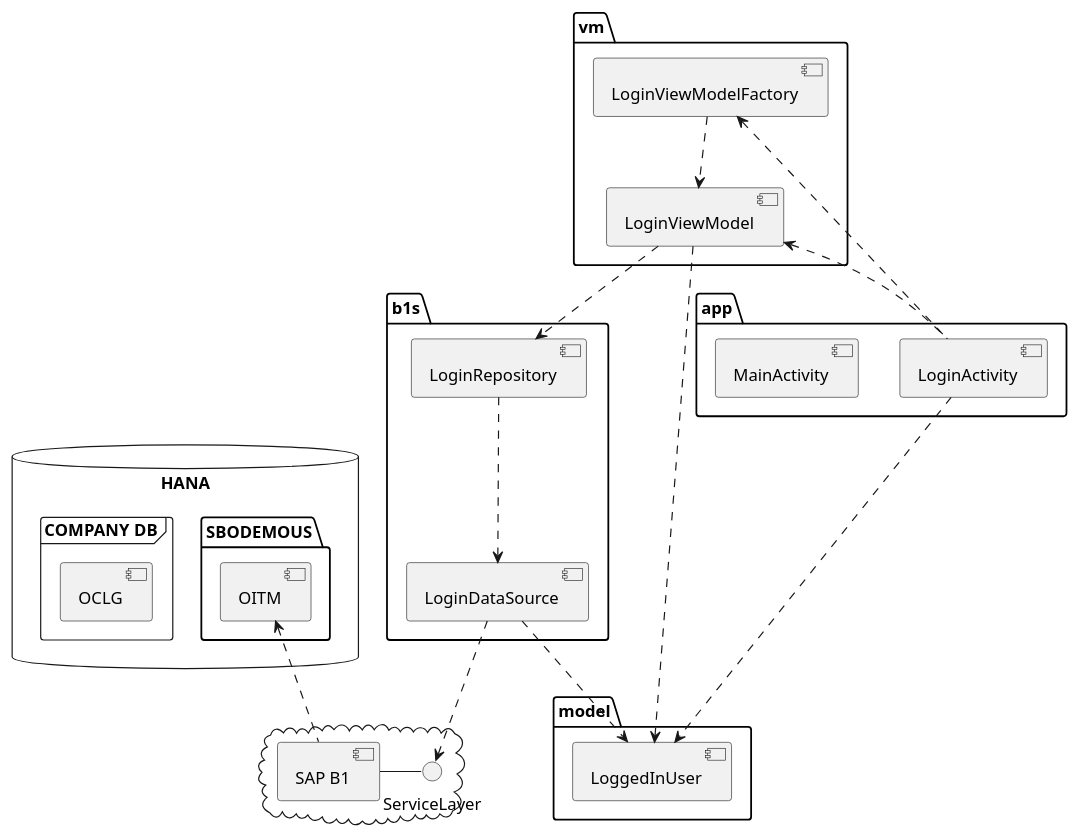
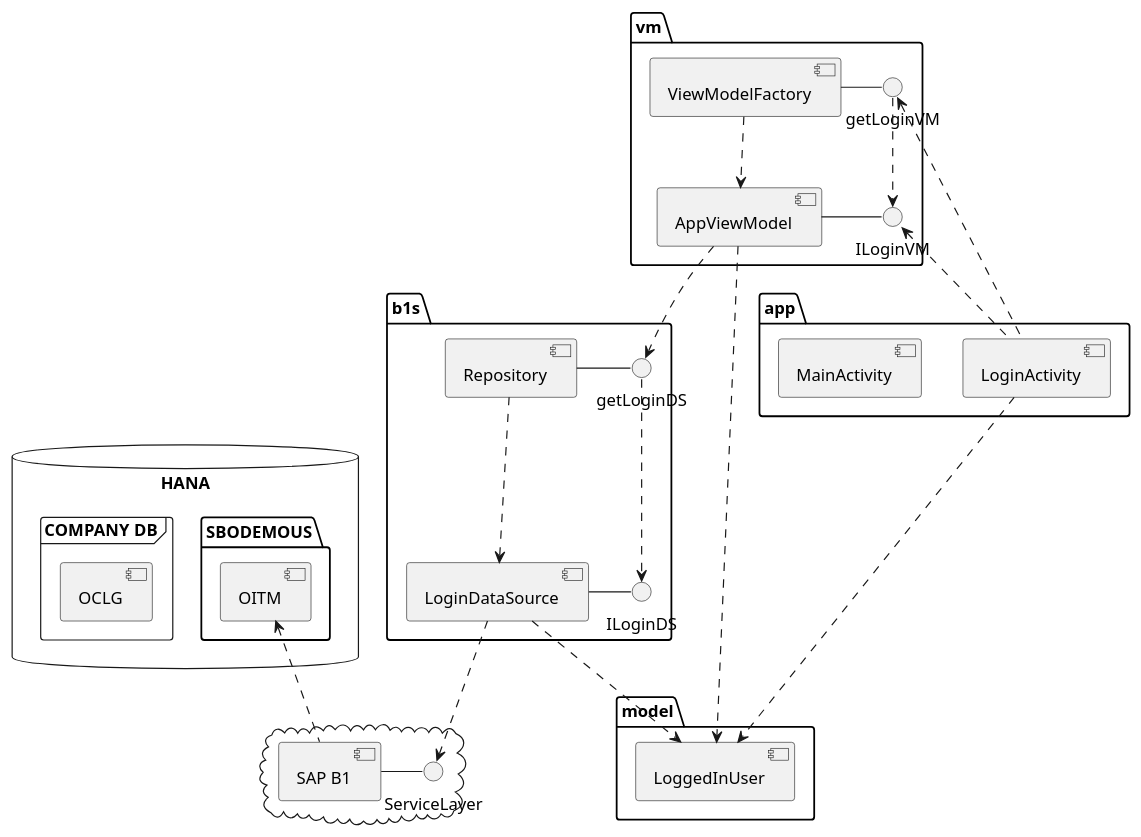
One commit to nemethmik/t11grepo changed the diagram in modulearchitecture.puml. Above: the diagram before and after it, drawn with PlantUML. The commit also changed 18 other files, not shown here.

```diff
--- a/modulearchitecture.puml
+++ b/modulearchitecture.puml
@@ -1,35 +1,41 @@
 @startuml
 database "HANA" {
   folder "SBODEMOUS" {
 	[OITM]
   }
   frame "COMPANY DB" {
 	[OCLG]
   }
 }
 
 cloud {
   ServiceLayer - [SAP B1]
   [SAP B1] .u.> [OITM]
 }
 package "model" {
   [LoggedInUser]
 }
 package "b1s" {
+  [LoginDataSource] - ILoginDS
   [LoginDataSource] ..> ServiceLayer
   [LoginDataSource] ..> [LoggedInUser]
-  [LoginRepository] ..> [LoginDataSource]
+  [Repository] ..> [LoginDataSource]
+  [Repository] - getLoginDS
+  getLoginDS ..> ILoginDS
 }
 package "vm" {
-  [LoginViewModel] ..> [LoggedInUser]
-  [LoginViewModel] ..> [LoginRepository]
-  [LoginViewModelFactory] ..>[LoginViewModel]
+  [AppViewModel] - ILoginVM
+  [AppViewModel] ..> [LoggedInUser]
+  [AppViewModel] ..> getLoginDS
+  [ViewModelFactory] - getLoginVM
+  [ViewModelFactory] ..>[AppViewModel]
+  getLoginVM ..> ILoginVM
 }
 package "app" {
   [LoginActivity] ..> [LoggedInUser]
-  [LoginActivity] .u.> [LoginViewModel]
-  [LoginActivity] .u.> [LoginViewModelFactory]
+  [LoginActivity] .u.> [ILoginVM]
+  [LoginActivity] .u.> [getLoginVM]
   [MainActivity]
 }
 
 @enduml
```
